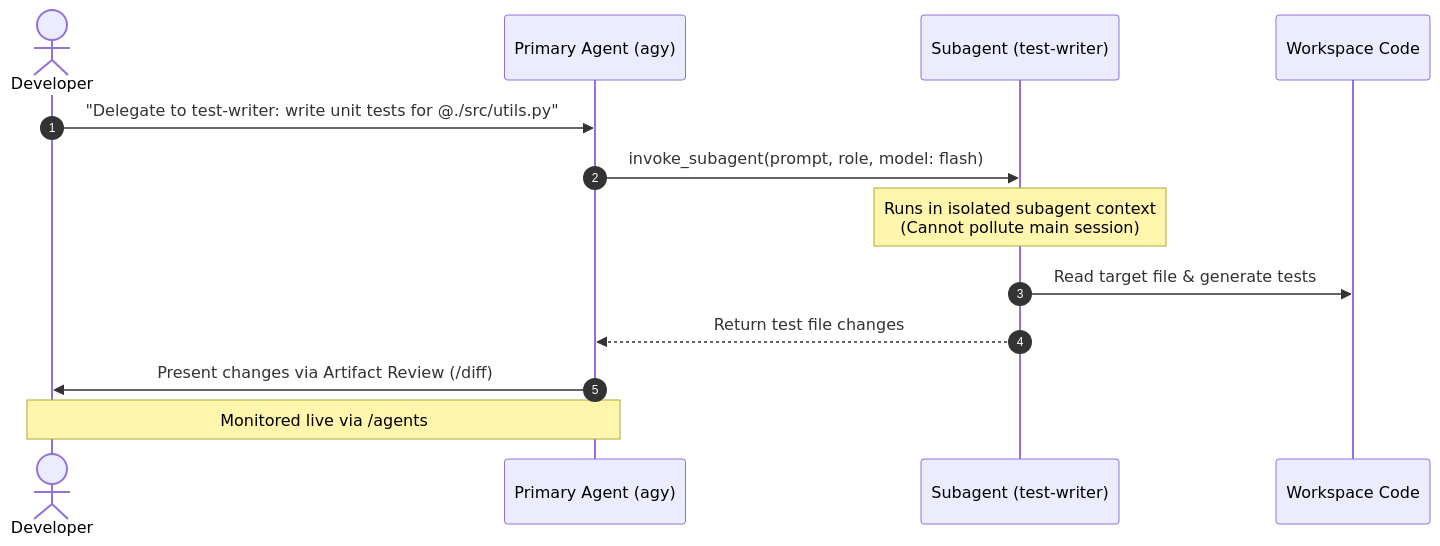
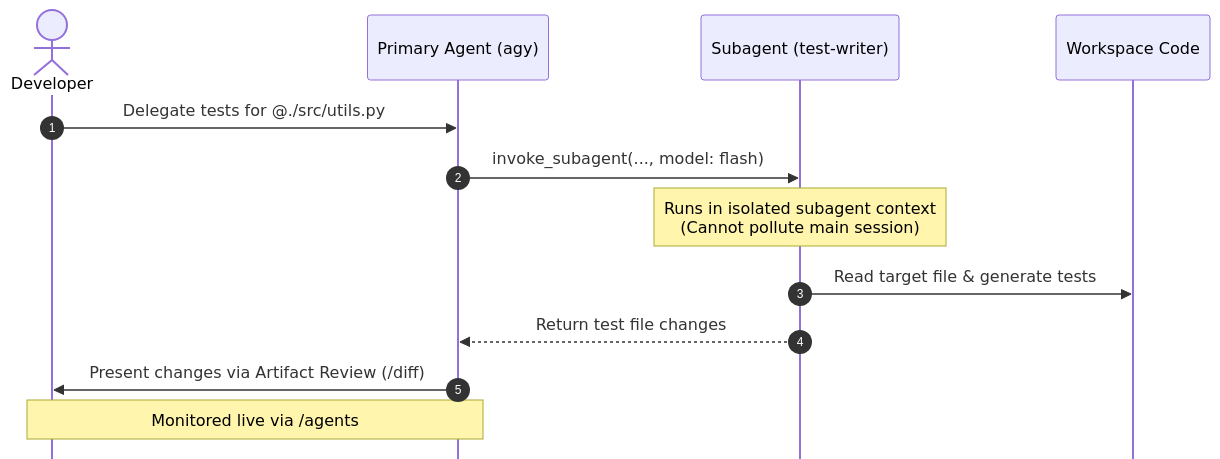
Before and after one commit to kousen/antigravity-training: the fifth of 5 diagrams in slides.md, drawn with Mermaid. The commit also changed other lines of this file, not shown here.

````diff
--- a/slides.md
+++ b/slides.md
@@ -1268,16 +1240,17 @@
-```mermaid
+```mermaid {scale: 0.66}
+%%{init: {"sequence": {"mirrorActors": false}}}%%
 sequenceDiagram
     autonumber
     actor User as Developer
     participant Main as Primary Agent (agy)
     participant Sub as Subagent (test-writer)
     participant FS as Workspace Code
 
-    User->>Main: "Delegate to test-writer: write unit tests for @./src/utils.py"
-    Main->>Sub: invoke_subagent(prompt, role, model: flash)
+    User->>Main: Delegate tests for @./src/utils.py
+    Main->>Sub: invoke_subagent(..., model: flash)
     Note over Sub: Runs in isolated subagent context<br/>(Cannot pollute main session)
     Sub->>FS: Read target file & generate tests
     Sub-->>Main: Return test file changes
     Main->>User: Present changes via Artifact Review (/diff)
     Note over User,Main: Monitored live via /agents
 ```
````
